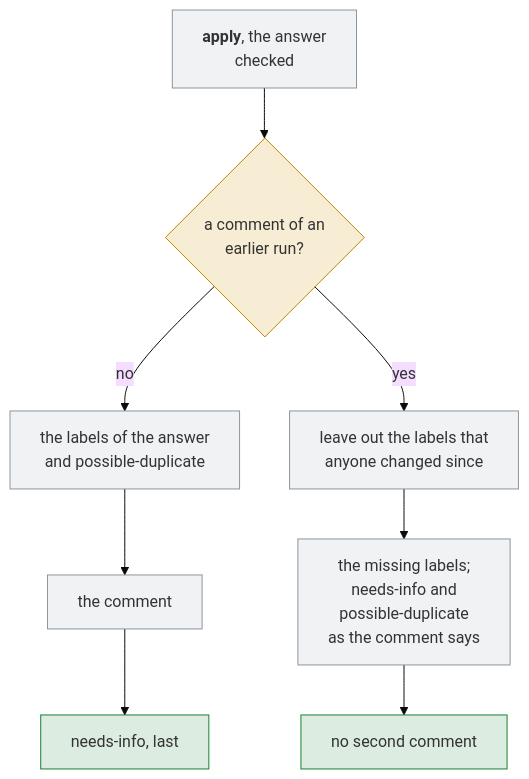
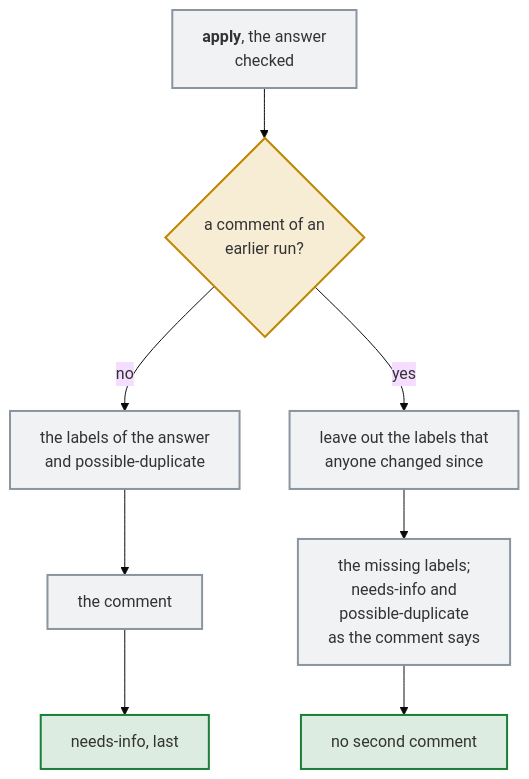
Before and after one commit to Dennis-Otto/issue-assistant: the sixth of 7 diagrams in docs/architecture.md, drawn with Mermaid (base theme). The commit also changed other lines of this file and 4 other files, not shown here.

First line of the commit message:
docs: accessible top-to-bottom diagrams, and three new ones (#82)

````diff
--- a/docs/architecture.md
+++ b/docs/architecture.md
@@ -218,18 +190,18 @@
 ```mermaid
 flowchart TB
   accTitle: How a run of apply after a failed one avoids a second comment
   accDescr: Apply looks for the comment of an earlier run of the same event. Without one, it adds the labels and possible-duplicate, posts the comment, and adds needs-info last, so that an issue never waits for an answer to a question that GitHub didn't post. With one, it posts nothing: it adds the labels of the answer and the lifecycle labels that the comment named, except the labels that anyone changed since the comment, and needs-info once the reporter answered.
   apply["<b>apply</b>, the answer<br/>checked"] --> earlier{"a comment of an<br/>earlier run?"}
   earlier -- "no" --> labels["the labels of the answer<br/>and possible-duplicate"]
   labels --> comment["the comment"]
   comment --> waiting["needs-info, last"]
   earlier -- "yes" --> changed["leave out the labels that<br/>anyone changed since"]
   changed --> complete["the missing labels;<br/>needs-info and<br/>possible-duplicate<br/>as the comment says"]
   complete --> none["no second comment"]
-  classDef question fill:#d4a72c33,stroke:#bf8700
-  classDef job fill:#8c959f1f,stroke:#8c959f
-  classDef safe fill:#1a7f3726,stroke:#1a7f37
+  classDef question fill:#d4a72c33,stroke:#bf8700,stroke-width:2px
+  classDef job fill:#8c959f1f,stroke:#8c959f,stroke-width:2px
+  classDef safe fill:#1a7f3726,stroke:#1a7f37,stroke-width:2px
   class earlier question
   class apply,labels,comment,changed,complete job
   class waiting,none safe
 ```
````
